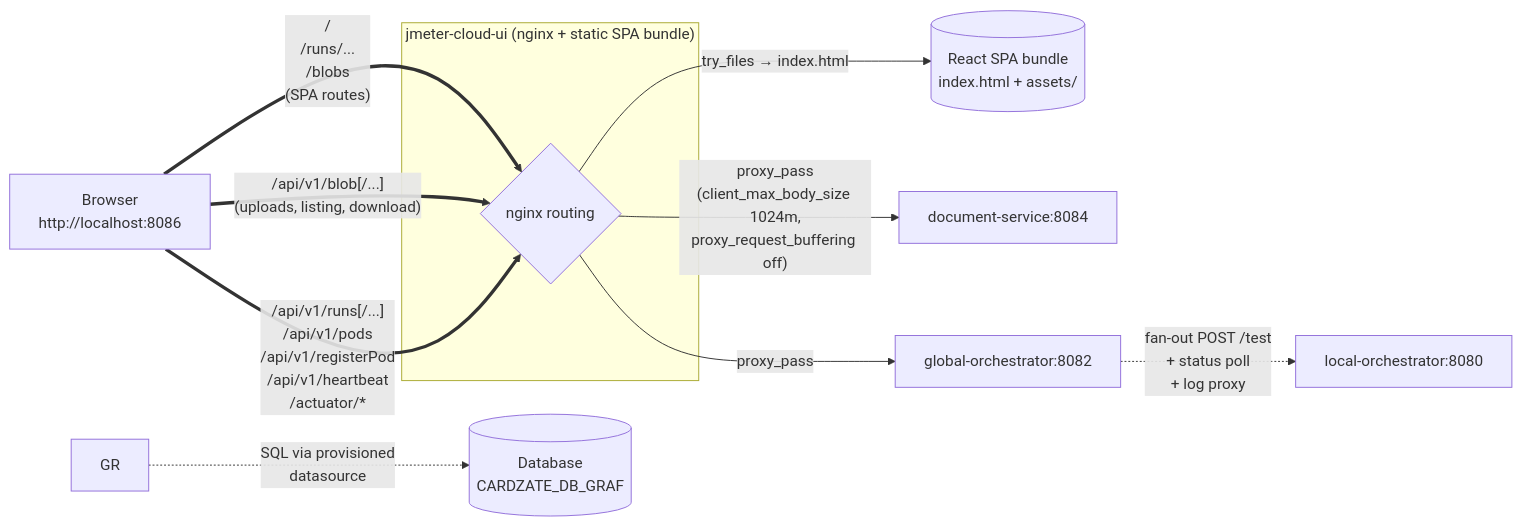
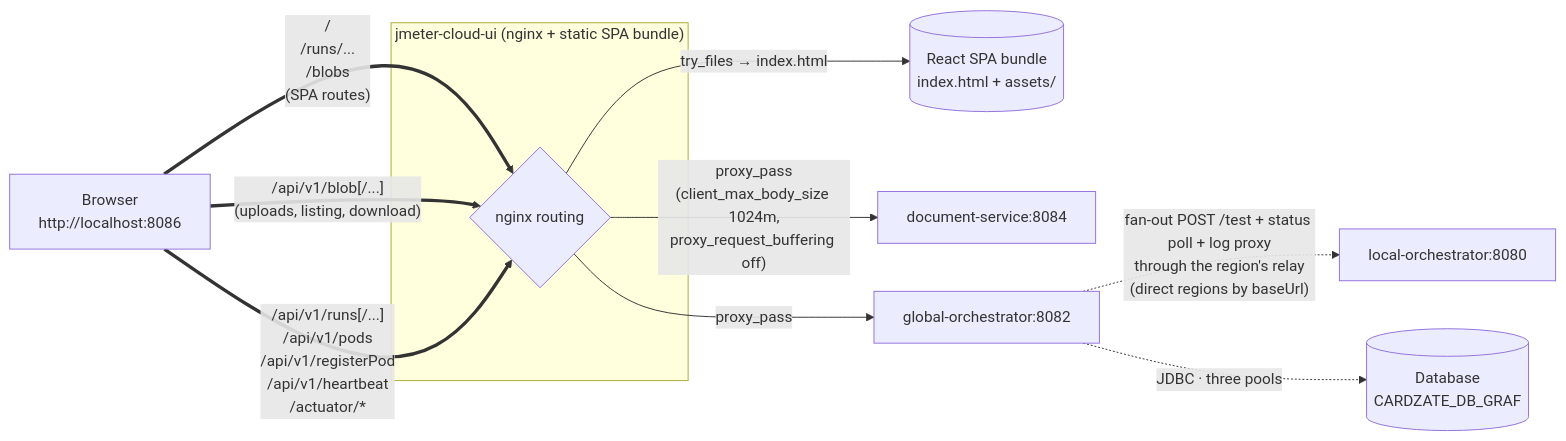
One commit to sharmakunal23/jmeter-cloud changed the sixth of 6 diagrams in docs/flowDiagrams.md. Above: the diagram before and after it, drawn with Mermaid. The commit also changed other lines of this file and 40 other files, not shown here.

````diff
--- a/docs/flowDiagrams.md
+++ b/docs/flowDiagrams.md
@@ -312,21 +312,21 @@
 ```mermaid
 flowchart LR
     B["Browser<br/>http://localhost:8086"]
 
     subgraph "jmeter-cloud-ui  (nginx + static SPA bundle)"
         NX{nginx routing}
     end
 
     B == "/<br/>/runs/...<br/>/blobs<br/>(SPA routes)" ==> NX
     NX -- "try_files → index.html" --> SPA[("React SPA bundle<br/>index.html + assets/")]
 
     B == "/api/v1/blob[/...]<br/>(uploads, listing, download)" ==> NX
     NX -- "proxy_pass<br/>(client_max_body_size 1024m,<br/>proxy_request_buffering off)" --> DS[document-service:8084]
 
     B == "/api/v1/runs[/...]<br/>/api/v1/pods<br/>/api/v1/registerPod<br/>/api/v1/heartbeat<br/>/actuator/*" ==> NX
     NX -- "proxy_pass" --> GO[global-orchestrator:8082]
 
-    GO -. "fan-out POST /test<br/>+ status poll<br/>+ log proxy" .-> LO[local-orchestrator:8080]
+    GO -. "fan-out POST /test + status poll + log proxy<br/>through the region's relay<br/>(direct regions by baseUrl)" .-> LO[local-orchestrator:8080]
 
-    GR -. "SQL via provisioned<br/>datasource" .-> PG[(Database<br/>CARDZATE_DB_GRAF)]
+    GO -. "JDBC · three pools" .-> DB[(Database<br/>CARDZATE_DB_GRAF)]
 ```
````
